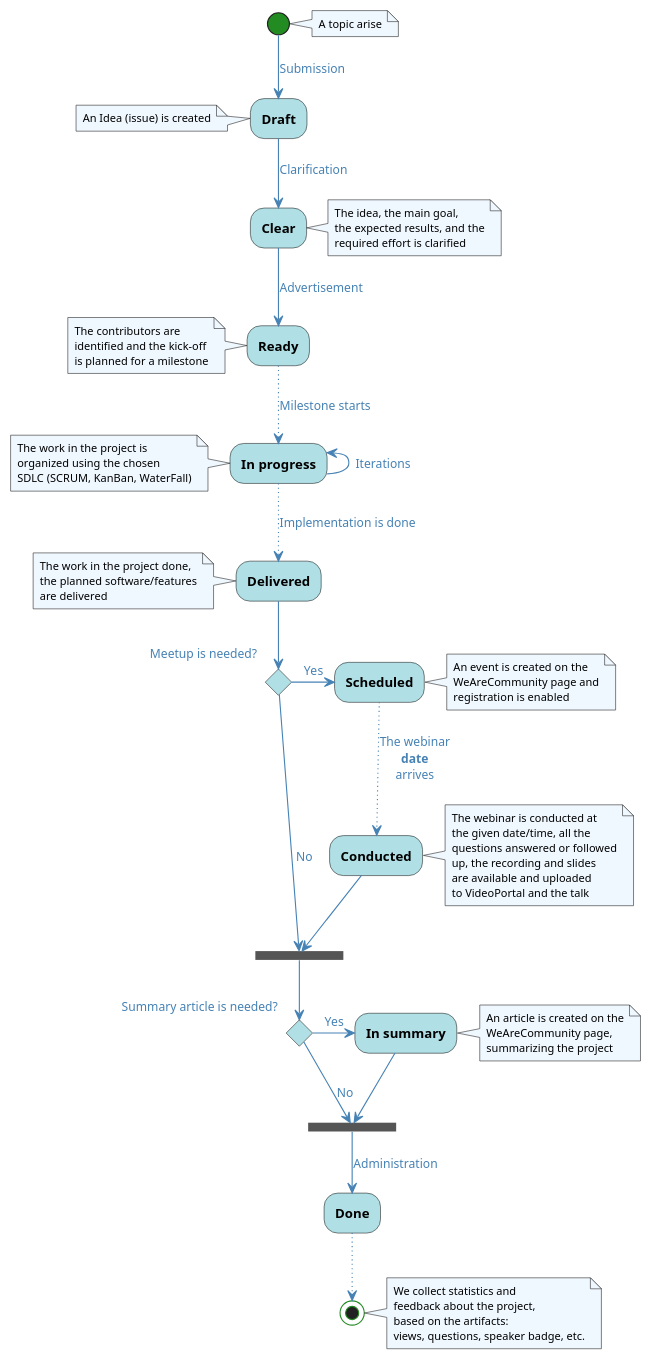
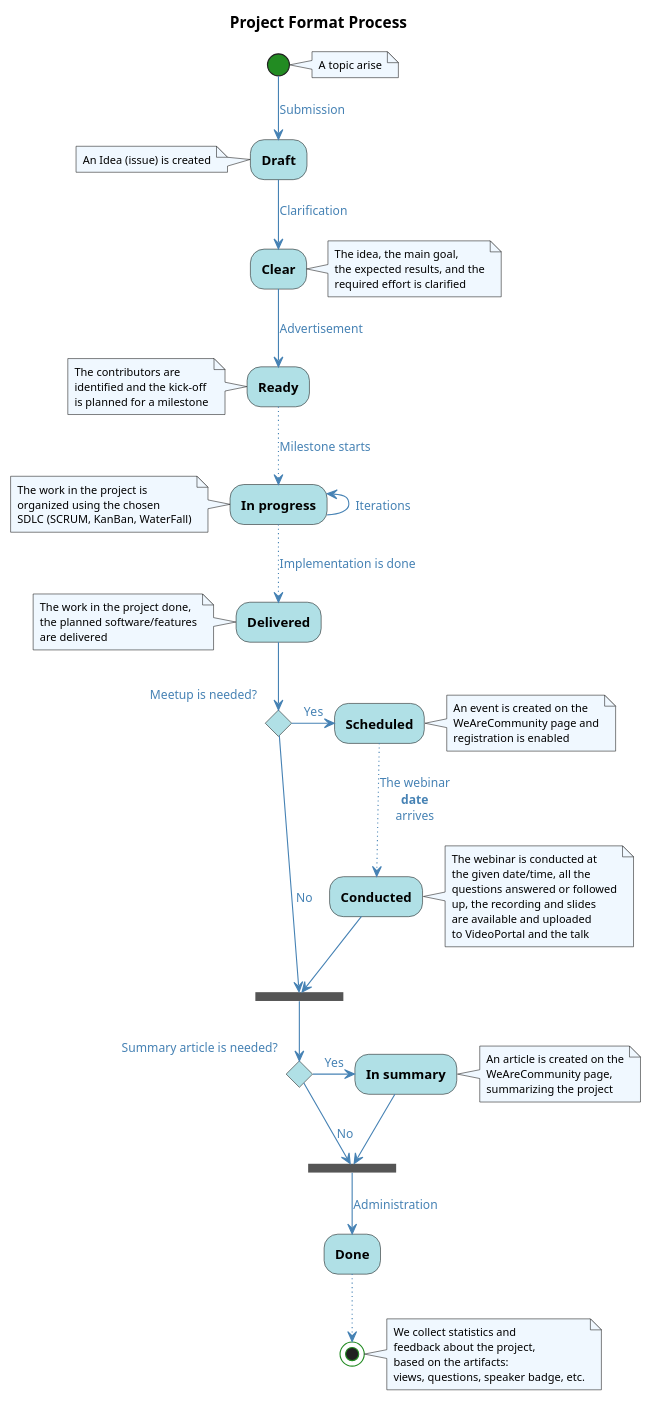
The diagram in docs/uml/format_project.puml (Idea-Pool/topics), drawn with PlantUML before and after one commit. The commit also changed 15 other files, not shown here.

Commit message:
Added diagram titles

```diff
--- a/docs/uml/format_project.puml
+++ b/docs/uml/format_project.puml
@@ -1,115 +1,117 @@
-@startuml Project Format Process
+@startuml
+
+title Project Format Process
 
 skinparam defaultFontName Ubuntu Light
 skinparam backgroundColor transparent
 
 skinparam activity {
     BackgroundColor PowderBlue
     StartColor ForestGreen
     EndColor ForestGreen
     FontStyle bold
 }
 
 skinparam arrow {
     Color SteelBlue
     FontColor SteelBlue
 }
 
 skinparam note {
     BackgroundColor AliceBlue
     FontSize 10
 }
 
 note right
     A topic arise
 end note
 
 (*) -->[Submission] Draft
 
 note left
     An Idea (issue) is created
 end note
 
 -->[Clarification] Clear
 
 note right
     The idea, the main goal,
     the expected results, and the
     required effort is clarified
 end note
 
 -->[Advertisement] Ready
 
 note left
     The contributors are
     identified and the kick-off
     is planned for a milestone
 end note
 
 ..>[Milestone starts] In progress
 -left->[Iterations] In progress
 
 note left
     The work in the project is
     organized using the chosen
     SDLC (SCRUM, KanBan, WaterFall)
 end note
 
 ..>[Implementation is done] Delivered
 
 note left
     The work in the project done,
     the planned software/features
     are delivered
 end note
 
 if "Meetup is needed?" then
     -right->[Yes] Scheduled
 
     note right
         An event is created on the
         WeAreCommunity page and
         registration is enabled
     end note
 
     ..>[The webinar\n**date**\narrives] Conducted
 
     note right
         The webinar is conducted at
         the given date/time, all the
         questions answered or followed
         up, the recording and slides
         are available and uploaded
         to VideoPortal and the talk
     end note
 
     --> === B1 ===
 else
     -->[No] === B1 ===
 endif
 
 if "Summary article is needed?" then
     -right->[Yes] In summary
 
     note right
         An article is created on the
         WeAreCommunity page,
         summarizing the project
     end note
 
     --> === B2 ===
 else
     -->[No] === B2 ===
 endif
 
 -->[Administration] Done
 ..> (*)
 
 note right
     We collect statistics and
     feedback about the project,
     based on the artifacts:
     views, questions, speaker badge, etc.
 end note
 
 @enduml
```
